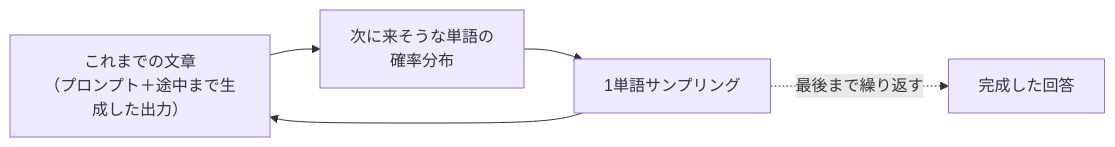
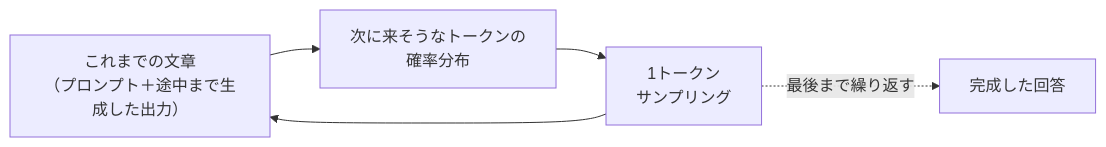
The first of 3 diagrams in docs/02-what-is-generative-ai.md (ma2saka/docs-claude-sample), drawn with Mermaid before and after one commit. The commit also changed other lines of this file and 4 other files, not shown here.

````diff
--- a/docs/02-what-is-generative-ai.md
+++ b/docs/02-what-is-generative-ai.md
@@ -21,7 +21,7 @@
 ```mermaid
 flowchart LR
-    A["これまでの文章<br/>（プロンプト＋途中まで生成した出力）"] --> B["次に来そうな単語の<br/>確率分布"]
-    B --> C["1単語サンプリング"]
+    A["これまでの文章<br/>（プロンプト＋途中まで生成した出力）"] --> B["次に来そうなトークンの<br/>確率分布"]
+    B --> C["1トークン<br/>サンプリング"]
     C --> A
     C -.最後まで繰り返す.-> D["完成した回答"]
 ```
````
